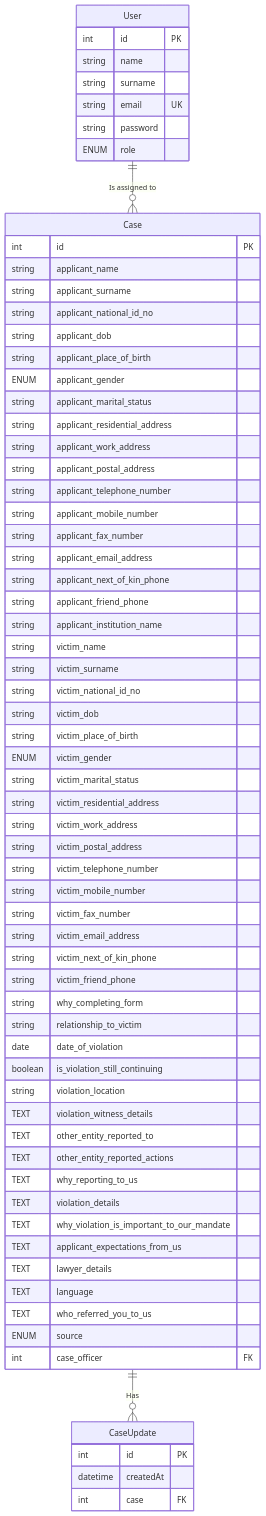
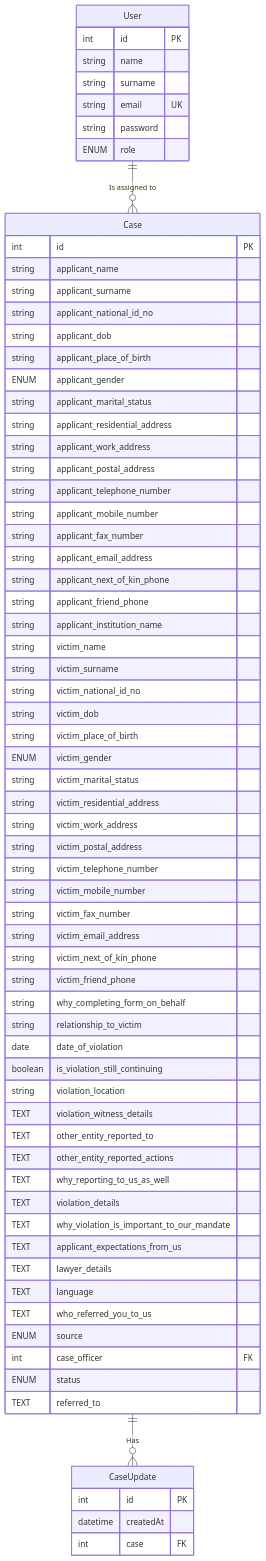
The diagram in design/ERD.md (hilaar28/zgc-case-management), drawn with Mermaid before and after one commit. The commit also changed 1 other file, not shown here.

Commit message:
finished API design

````diff
--- a/design/ERD.md
+++ b/design/ERD.md
@@ -1,81 +1,83 @@
 ```mermaid
 erDiagram
    User {
       int id PK
       string name
       string surname
       string email UK
       string password
       ENUM role
    }
 
    Case {
       int id PK
    
       string applicant_name
       string applicant_surname
       string applicant_national_id_no
       string applicant_dob
       string applicant_place_of_birth
       ENUM   applicant_gender
       string applicant_marital_status
       string applicant_residential_address
       string applicant_work_address
       string applicant_postal_address
       string applicant_telephone_number
       string applicant_mobile_number
       string applicant_fax_number
       string applicant_email_address
       string applicant_next_of_kin_phone
       string applicant_friend_phone
       string applicant_institution_name
 
       string victim_name
       string victim_surname
       string victim_national_id_no
       string victim_dob
       string victim_place_of_birth
       ENUM   victim_gender
       string victim_marital_status
       string victim_residential_address
       string victim_work_address
       string victim_postal_address
       string victim_telephone_number
       string victim_mobile_number
       string victim_fax_number
       string victim_email_address
       string victim_next_of_kin_phone
       string victim_friend_phone
-      string why_completing_form
+      string why_completing_form_on_behalf
       string relationship_to_victim
       
       date date_of_violation
       boolean is_violation_still_continuing
       string violation_location
       TEXT violation_witness_details
       TEXT other_entity_reported_to
       TEXT other_entity_reported_actions
-      TEXT why_reporting_to_us
+      TEXT why_reporting_to_us_as_well
       TEXT violation_details
       TEXT why_violation_is_important_to_our_mandate
       TEXT applicant_expectations_from_us
       TEXT lawyer_details
       TEXT language
       TEXT who_referred_you_to_us
 
 
       ENUM source
       int case_officer FK
+      ENUM status
+      TEXT referred_to
 
    }
 
    CaseUpdate {
       int id PK
       datetime createdAt
       int case FK
    }
 
    Case ||--o{ CaseUpdate: "Has"
    User ||--o{ Case: "Is assigned to"
 
 ```
````
